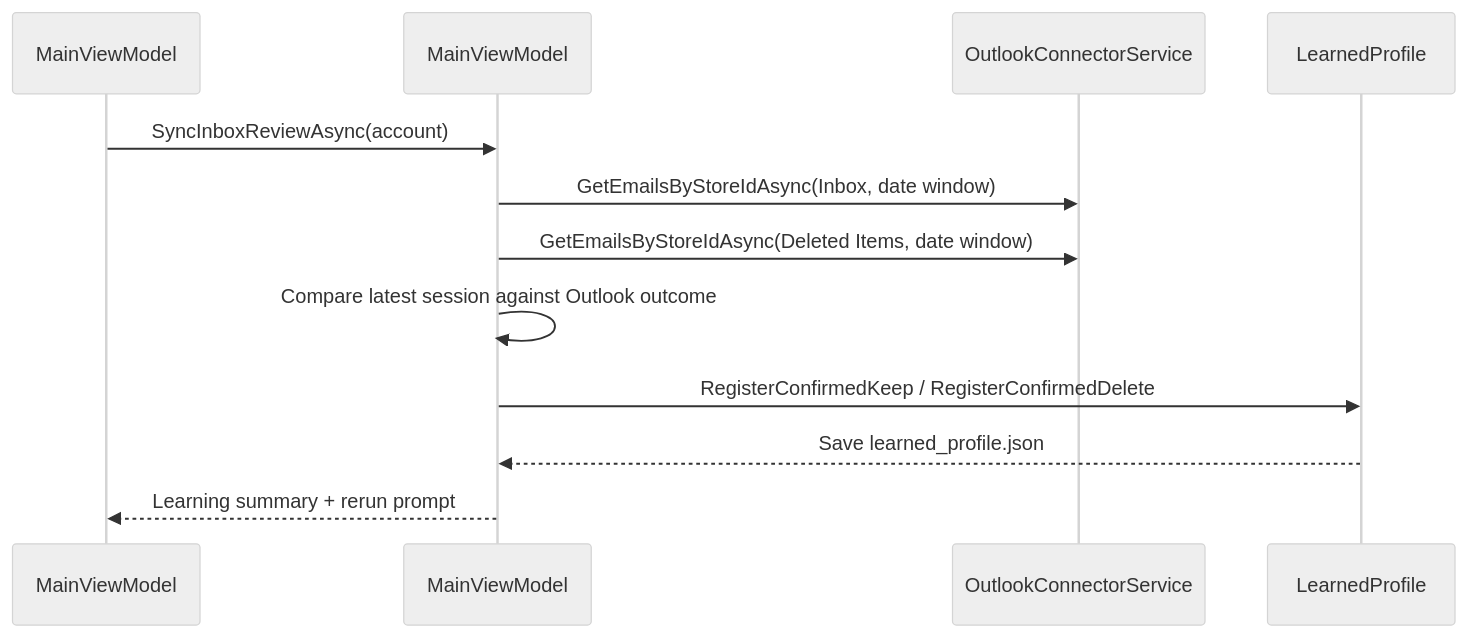
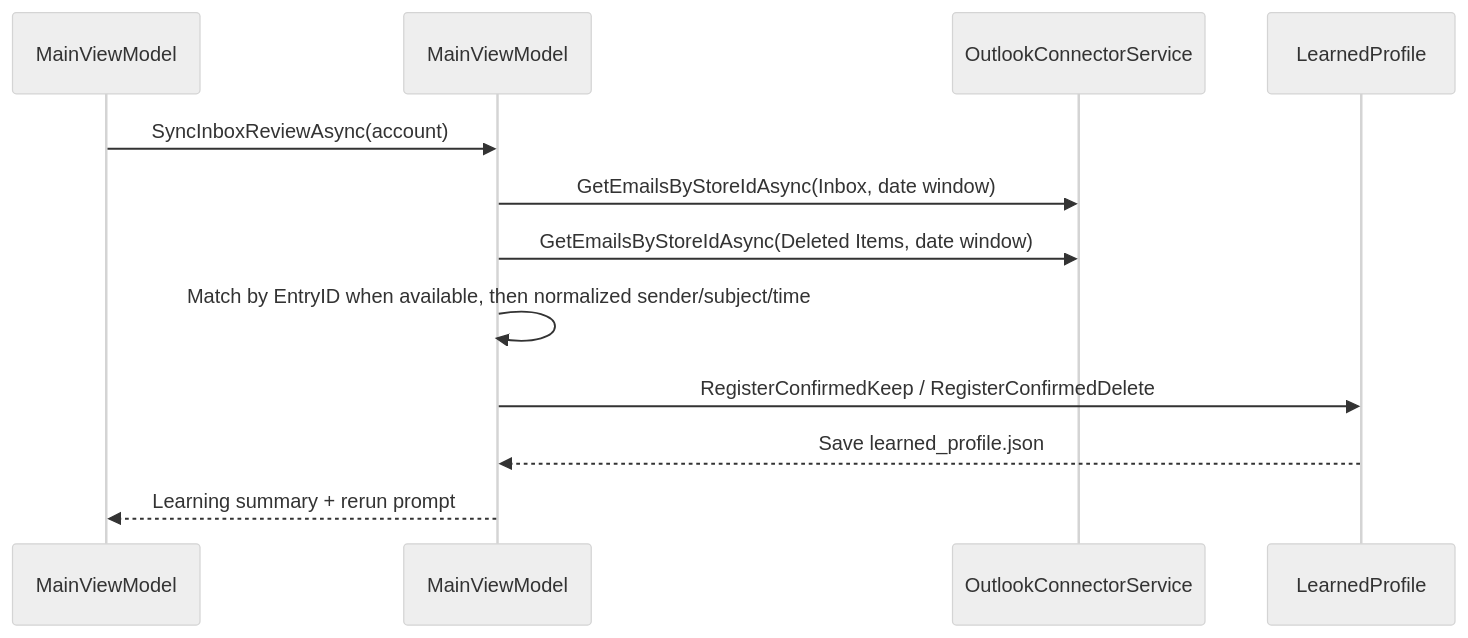
The fifth of 6 diagrams in Docs/MailZen_Architecture_and_User_Manual.md (kbdarius/MailZen), drawn with Mermaid (neutral theme) before and after one commit. The commit also changed other lines of this file and 2 other files, not shown here.

````diff
--- a/Docs/MailZen_Architecture_and_User_Manual.md
+++ b/Docs/MailZen_Architecture_and_User_Manual.md
@@ -186,15 +186,15 @@
 ```mermaid
 sequenceDiagram
     participant UI as MainViewModel
     participant VM as MainViewModel
     participant OCS as OutlookConnectorService
     participant LP as LearnedProfile
 
     UI->>VM: SyncInboxReviewAsync(account)
     VM->>OCS: GetEmailsByStoreIdAsync(Inbox, date window)
     VM->>OCS: GetEmailsByStoreIdAsync(Deleted Items, date window)
-    VM->>VM: Compare latest session against Outlook outcome
+    VM->>VM: Match by EntryID when available, then normalized sender/subject/time
     VM->>LP: RegisterConfirmedKeep / RegisterConfirmedDelete
     LP-->>VM: Save learned_profile.json
     VM-->>UI: Learning summary + rerun prompt
 ```
````
